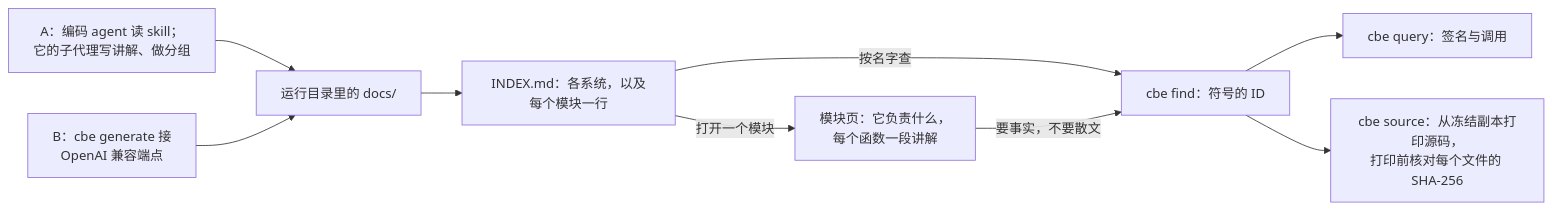
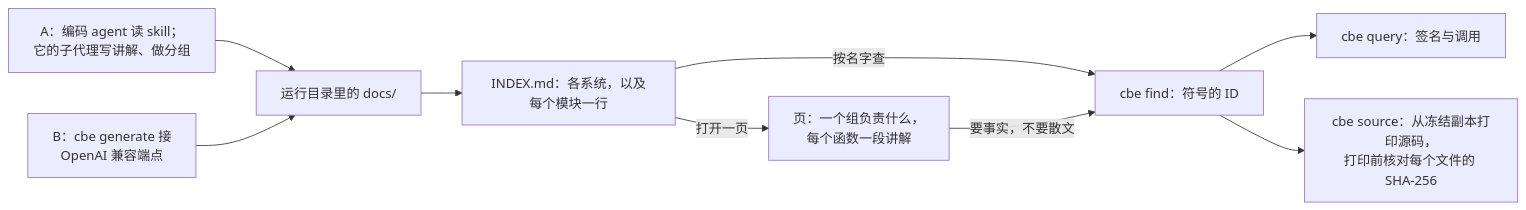
Before and after one commit to zlxdengtianhei/codebase-explorer: the second of 2 diagrams in README.zh-CN.md, drawn with Mermaid. The commit also changed other lines of this file and 19 other files, not shown here.

````diff
--- a/README.zh-CN.md
+++ b/README.zh-CN.md
@@ -117,11 +117,11 @@
 ```mermaid
 flowchart LR
   A["A：编码 agent 读 skill；<br/>它的子代理写讲解、做分组"] --> D["运行目录里的 docs/"]
   B["B：cbe generate 接<br/>OpenAI 兼容端点"] --> D
   D --> I["INDEX.md：各系统，以及每个模块一行"]
-  I -->|"打开一个模块"| M["模块页：它负责什么，<br/>每个函数一段讲解"]
+  I -->|"打开一页"| M["页：一个组负责什么，<br/>每个函数一段讲解"]
   I -->|"按名字查"| N["cbe find：符号的 ID"]
   M -->|"要事实，不要散文"| N
   N --> Q["cbe query：签名与调用"]
   N --> S["cbe source：从冻结副本打印源码，<br/>打印前核对每个文件的 SHA-256"]
 ```
````
